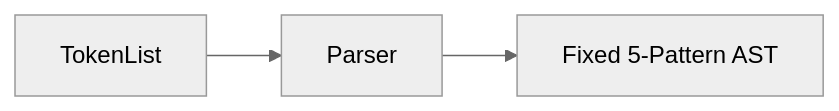
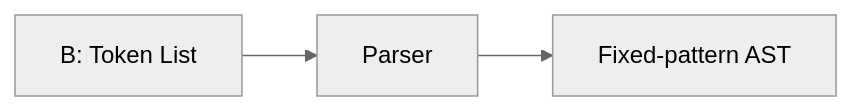
One commit to tail1887/sql_parsor changed the eighth of 12 diagrams in README.md. Above: the diagram before and after it, drawn with Mermaid (neutral theme). The commit also changed other lines of this file, not shown here.

````diff
--- a/README.md
+++ b/README.md
@@ -139,5 +121,5 @@
 ```mermaid
 flowchart LR
-    b1["TokenList"] --> b2["Parser"]
-    b2 --> b3["Fixed 5-Pattern AST"]
+    b1["B: Token List"] --> b2["Parser"]
+    b2 --> b3["Fixed-pattern AST"]
 ```
````
